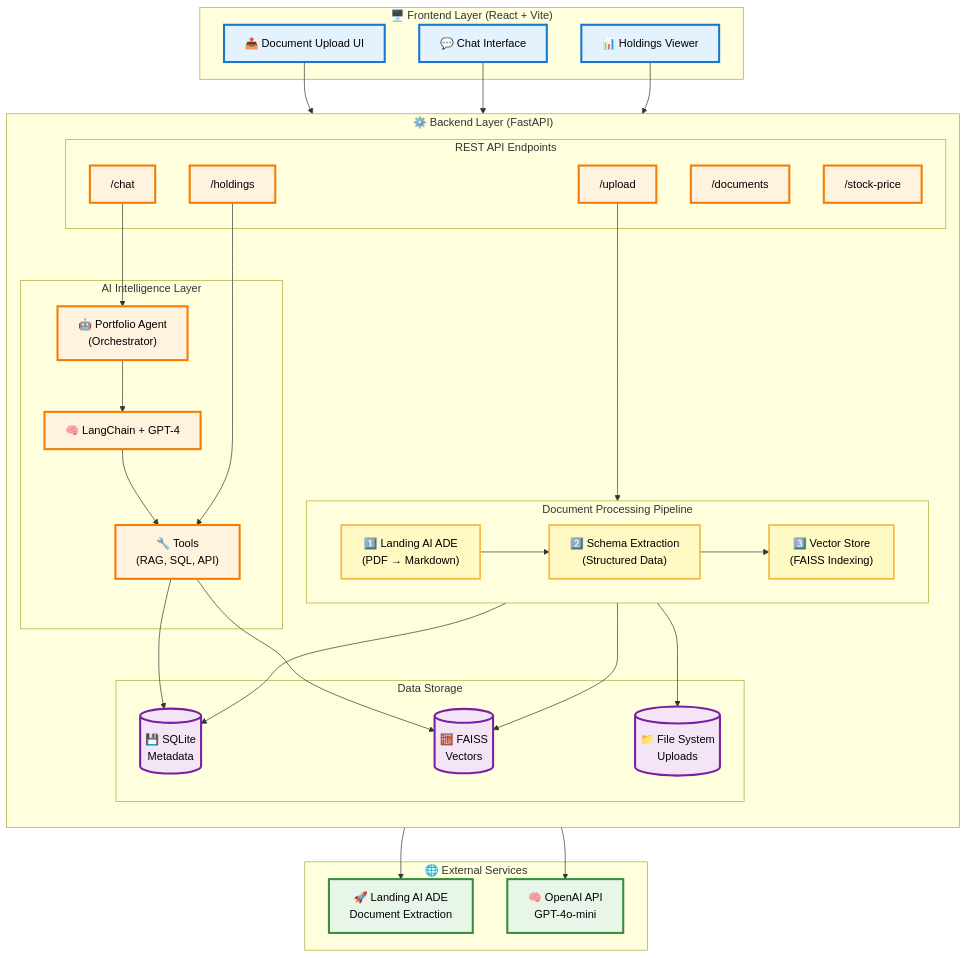
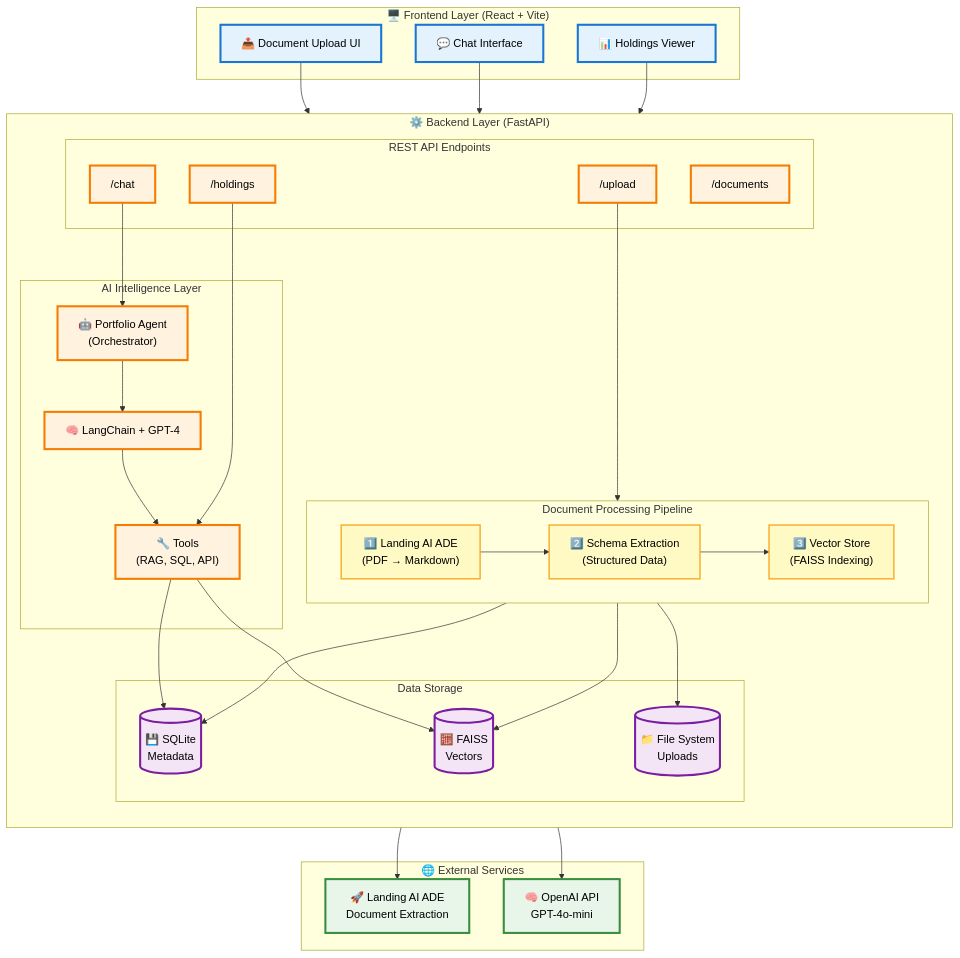
Before and after one commit to sivasundharam/PortfoliMosaic: the first of 3 diagrams in README.md, drawn with Mermaid. The commit also changed other lines of this file, not shown here.

```diff
--- a/README.md
+++ b/README.md
@@ -123,7 +123,6 @@
             ChatAPI["/chat"]
             HoldingsAPI["/holdings"]
             DocsAPI["/documents"]
-            StockAPI["/stock-price"]
         end
 
         subgraph Processing["Document Processing Pipeline"]
@@ -186,7 +185,7 @@
     classDef processStyle fill:#fff9c4,stroke:#f9a825,stroke-width:2px,color:#000
 
     class Upload,Chat,Holdings frontendStyle
-    class UploadAPI,ChatAPI,HoldingsAPI,DocsAPI,StockAPI,Agent,LLM,Tools backendStyle
+    class UploadAPI,ChatAPI,HoldingsAPI,DocsAPI,Agent,LLM,Tools backendStyle
     class Step1,Step2,Step3 processStyle
     class DB,Vector,Files storageStyle
     class ADE,OpenAI externalStyle
```
